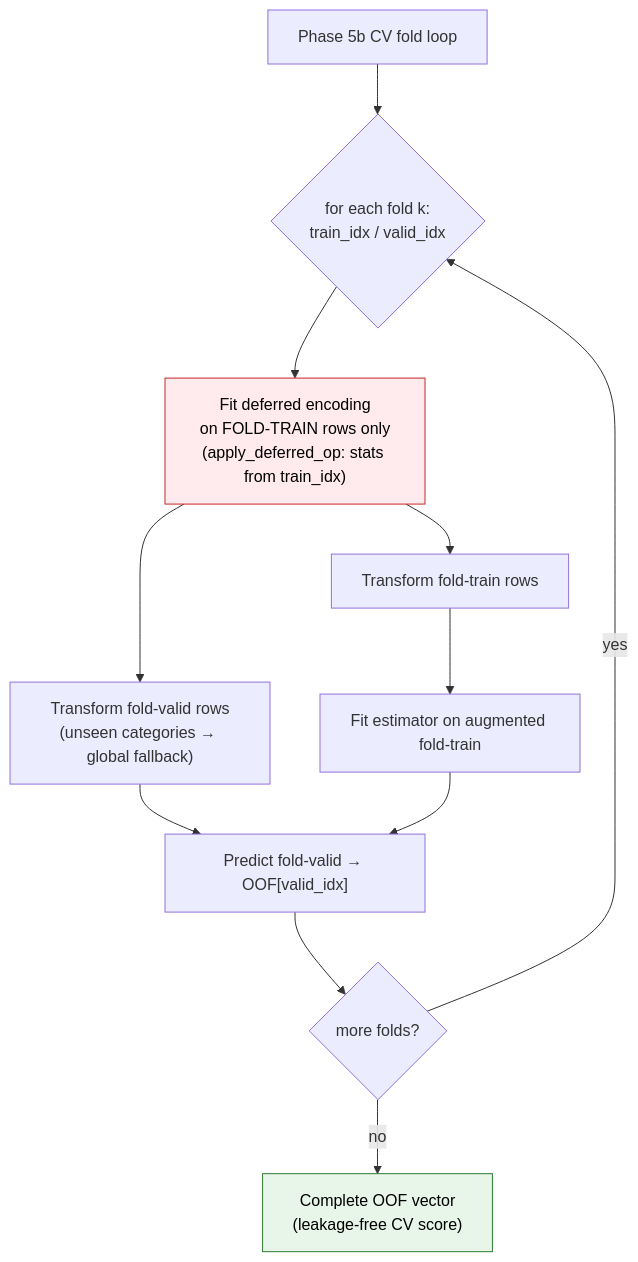
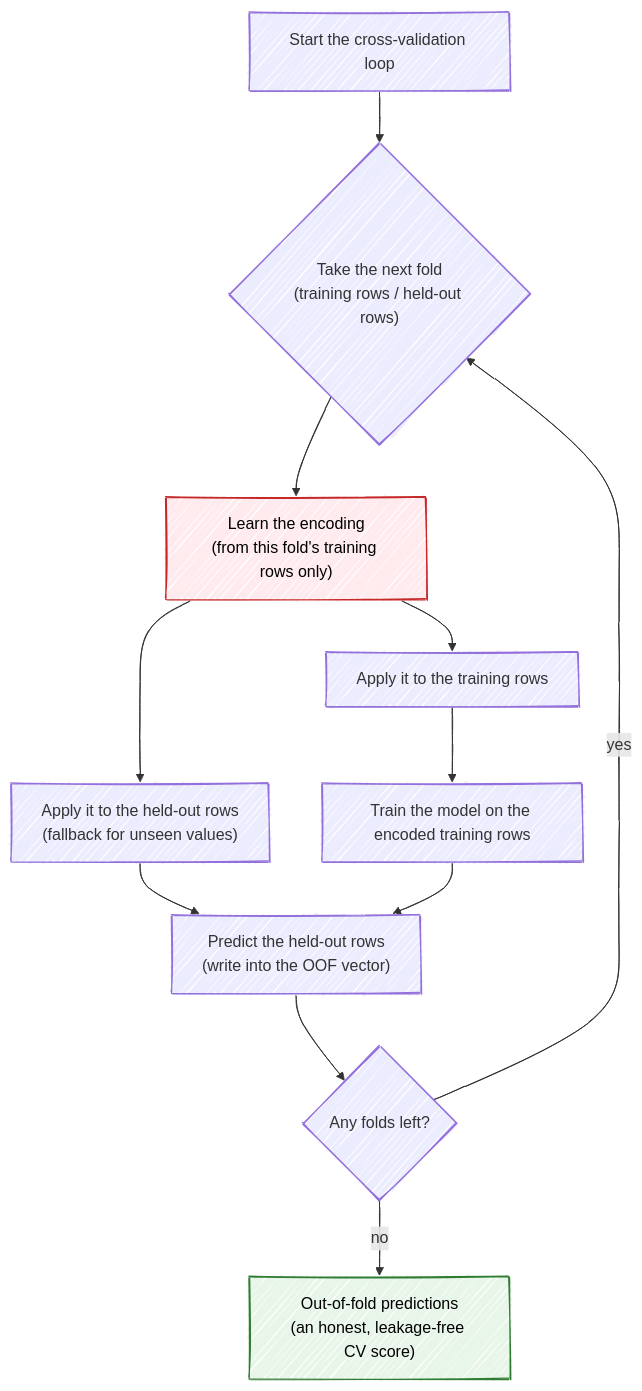
One commit to VaradHajare/Kaggle-Autopilot changed the second of 2 diagrams in README.md. Above: the diagram before and after it, drawn with Mermaid. The commit also changed other lines of this file and 1 other file, not shown here.

First line of the commit message:
Trim README to key diagrams and add architecture image

````diff
--- a/README.md
+++ b/README.md
@@ -260,17 +204,22 @@
 ```mermaid
+---
+config:
+  look: handDrawn
+  theme: default
+---
 flowchart TD
-    START["Phase 5b CV fold loop"] --> SPLIT{"for each fold k:<br/>train_idx / valid_idx"}
+    START["Start the cross-validation loop"] --> SPLIT{"Take the next fold<br/>(training rows / held-out rows)"}
 
-    SPLIT --> FIT["Fit deferred encoding<br/>on FOLD-TRAIN rows only<br/>(apply_deferred_op: stats from train_idx)"]
-    FIT --> APPLY_TR["Transform fold-train rows"]
-    FIT --> APPLY_VA["Transform fold-valid rows<br/>(unseen categories → global fallback)"]
-    APPLY_TR --> TRAINM["Fit estimator on augmented fold-train"]
-    APPLY_VA --> PREDICT["Predict fold-valid → OOF[valid_idx]"]
+    SPLIT --> FIT["Learn the encoding<br/>(from this fold's training rows only)"]
+    FIT --> APPLY_TR["Apply it to the training rows"]
+    FIT --> APPLY_VA["Apply it to the held-out rows<br/>(fallback for unseen values)"]
+    APPLY_TR --> TRAINM["Train the model on the encoded training rows"]
+    APPLY_VA --> PREDICT["Predict the held-out rows<br/>(write into the OOF vector)"]
     TRAINM --> PREDICT
-    PREDICT --> NEXT{"more folds?"}
+    PREDICT --> NEXT{"Any folds left?"}
     NEXT -- yes --> SPLIT
-    NEXT -- no --> OOF["Complete OOF vector<br/>(leakage-free CV score)"]
+    NEXT -- no --> OOF["Out-of-fold predictions<br/>(an honest, leakage-free CV score)"]
 
     style FIT fill:#ffebee,stroke:#c62828,color:#000
     style OOF fill:#e8f5e9,stroke:#2e7d32,color:#000
 ```
````
